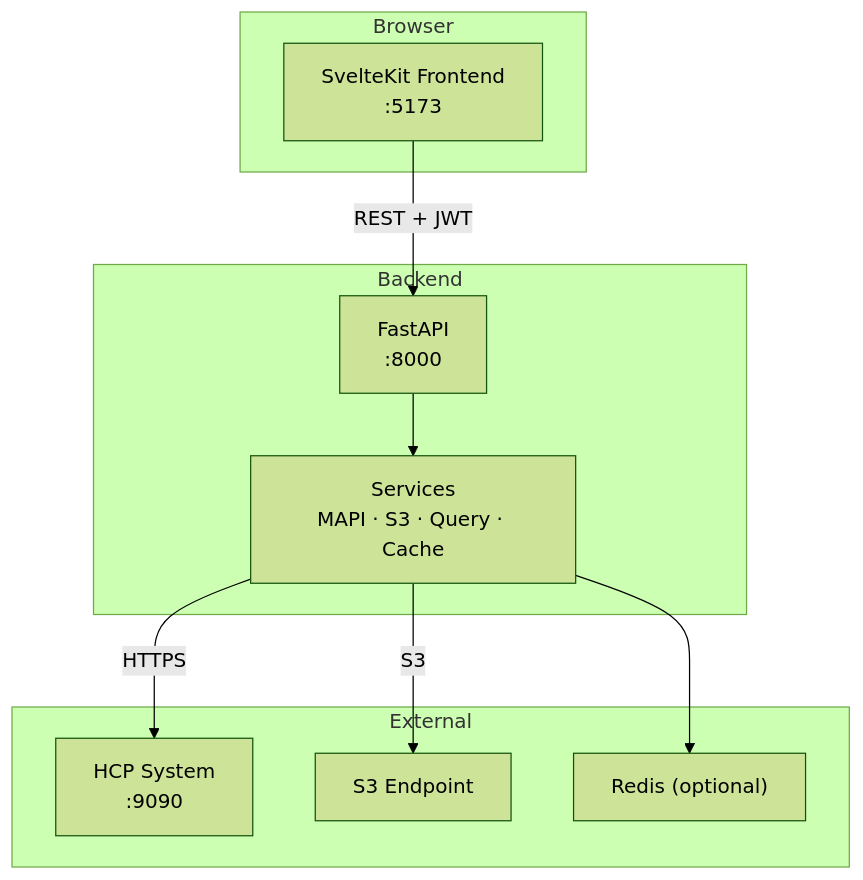
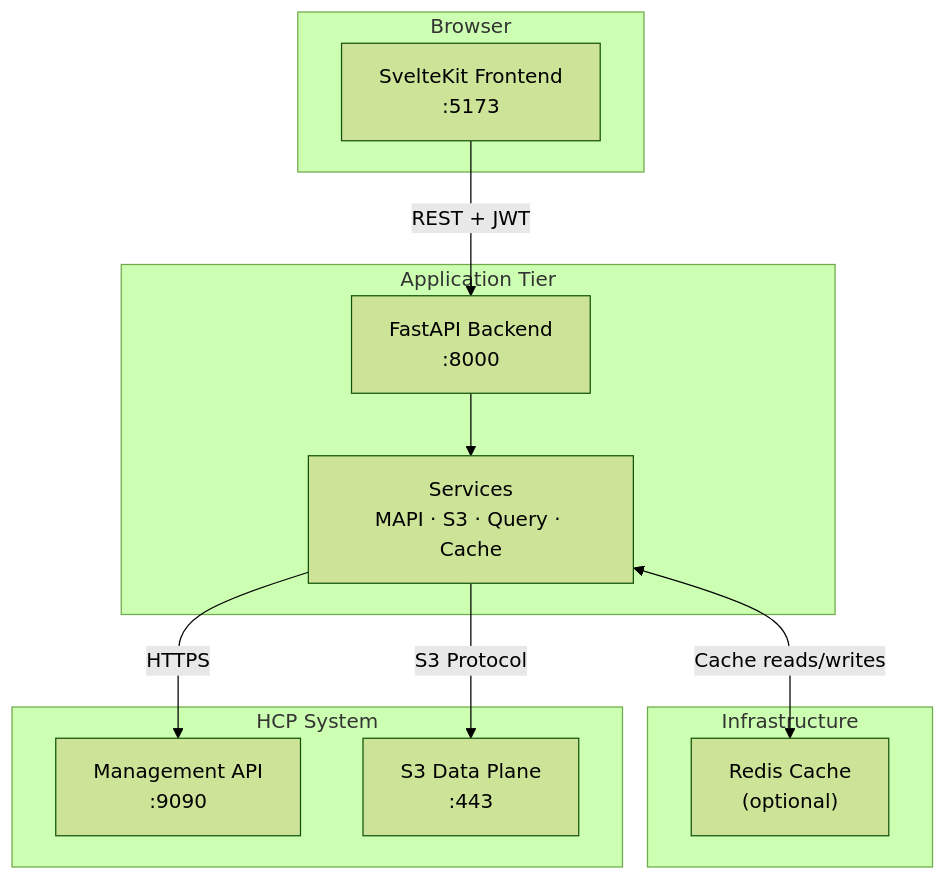
One commit to AI-Riksarkivet/ra-hcp changed the first of 9 diagrams in docs/architecture/index.md. Above: the diagram before and after it, drawn with Mermaid (forest theme). The commit also changed other lines of this file and 1 other file, not shown here.

First line of the commit message:
docs: improve architecture docs with caching, scaling, security, and environment isolation

````diff
--- a/docs/architecture/index.md
+++ b/docs/architecture/index.md
@@ -7,23 +9,26 @@
 ```mermaid
 graph TB
     subgraph "Browser"
         FE["SvelteKit Frontend<br/>:5173"]
     end
 
-    subgraph "Backend"
-        API["FastAPI<br/>:8000"]
+    subgraph "Application Tier"
+        API["FastAPI Backend<br/>:8000"]
         SVC["Services<br/>MAPI · S3 · Query · Cache"]
     end
 
-    subgraph "External"
-        HCP["HCP System<br/>:9090"]
-        S3EP["S3 Endpoint"]
-        REDIS["Redis (optional)"]
+    subgraph "Infrastructure"
+        REDIS["Redis Cache<br/>(optional)"]
+    end
+
+    subgraph "HCP System"
+        HCP["Management API<br/>:9090"]
+        S3EP["S3 Data Plane<br/>:443"]
     end
 
     FE -->|"REST + JWT"| API
     API --> SVC
     SVC -->|"HTTPS"| HCP
-    SVC -->|"S3"| S3EP
-    SVC --> REDIS
+    SVC -->|"S3 Protocol"| S3EP
+    SVC <-->|"Cache reads/writes"| REDIS
 ```
````
